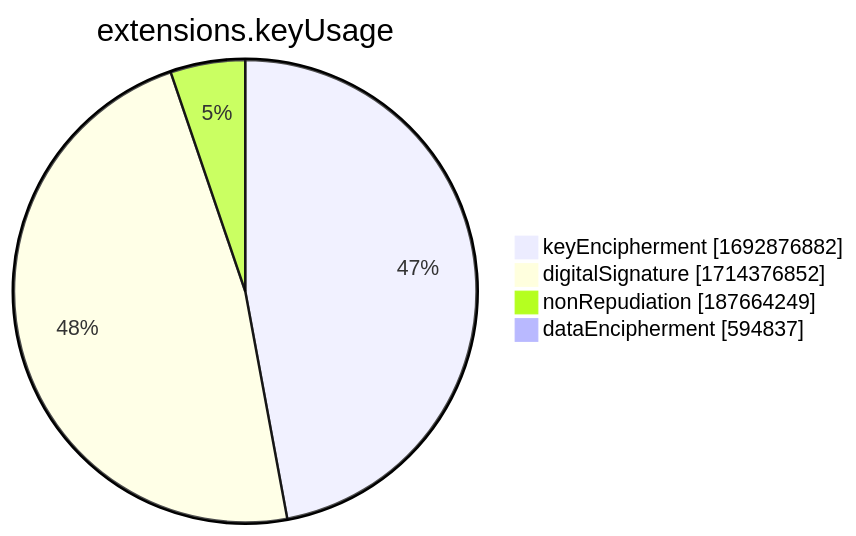
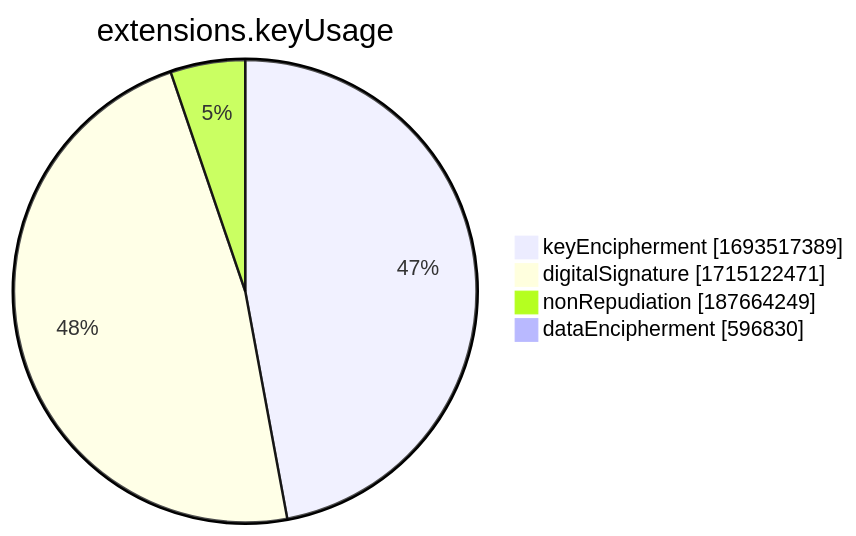
Before and after one commit to christiankrug/ctmonitor_visualization: the seventh of 15 diagrams in xenon2022/README.md, drawn with Mermaid. The commit also changed other lines of this file, not shown here.

````diff
--- a/xenon2022/README.md
+++ b/xenon2022/README.md
@@ -2858,8 +2858,8 @@
 ```mermaid
 pie showData
 title extensions.keyUsage
-"keyEncipherment" :1692876882
-"digitalSignature" :1714376852
+"keyEncipherment" :1693517389
+"digitalSignature" :1715122471
 "nonRepudiation" :187664249
-"dataEncipherment" :594837
+"dataEncipherment" :596830
 ```
````
